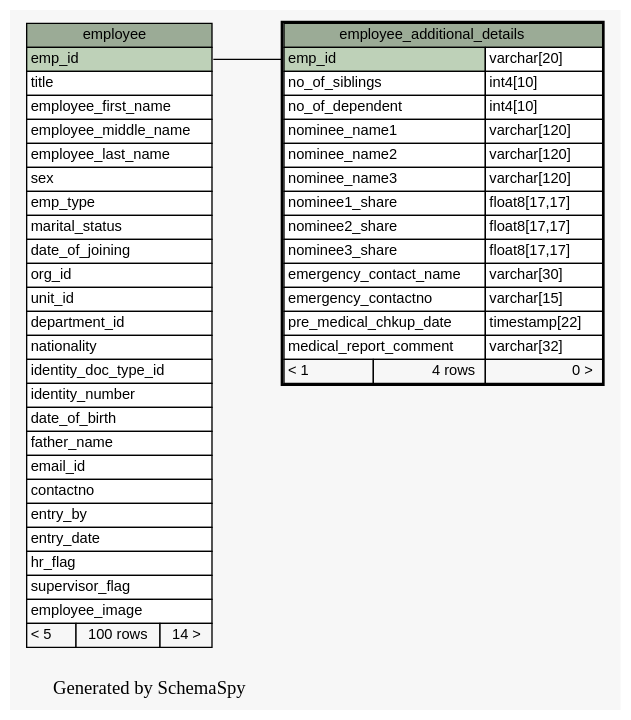
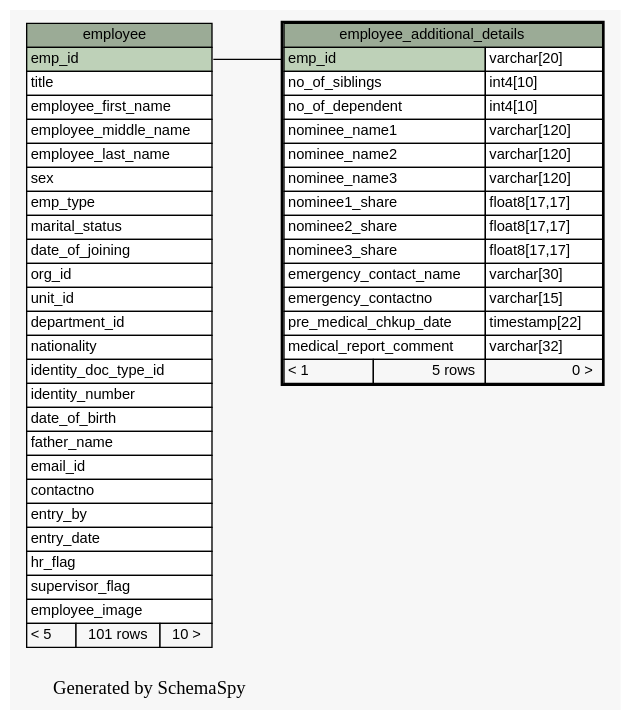
The diagram in docs/database/schemaspy/graphs/employee_additional_details.1degree.dot (engineerscraft/hrms), drawn with Graphviz before and after one commit. The commit also changed 190 other files, not shown here.

```diff
--- a/docs/database/schemaspy/graphs/employee_additional_details.1degree.dot
+++ b/docs/database/schemaspy/graphs/employee_additional_details.1degree.dot
@@ -1,73 +1,73 @@
-// dot 2.38.0 on Windows 8.1 6.3
+// dot 2.38.0 on Windows 7 6.1
 digraph "oneDegreeRelationshipsGraph" {
   graph [
     rankdir="RL"
     bgcolor="#f7f7f7"
     label="\nGenerated by SchemaSpy"
     labeljust="l"
   ];
   node [
     fontname="Helvetica"
     fontsize="11"
     shape="plaintext"
   ];
   edge [
     arrowsize="0.8"
   ];
   "employee_additional_details":"emp_id":w -> "employee":"emp_id":e [arrowtail=tee arrowhead=none];
   "employee" [
     label=<
     <TABLE BORDER="0" CELLBORDER="1" CELLSPACING="0" BGCOLOR="#ffffff">
       <TR><TD PORT="employee.heading" COLSPAN="3" BGCOLOR="#9bab96" ALIGN="CENTER">employee</TD></TR>
       <TR><TD PORT="emp_id" COLSPAN="3" BGCOLOR="#bed1b8" ALIGN="LEFT">emp_id</TD></TR>
       <TR><TD PORT="title" COLSPAN="3" ALIGN="LEFT">title</TD></TR>
       <TR><TD PORT="employee_first_name" COLSPAN="3" ALIGN="LEFT">employee_first_name</TD></TR>
       <TR><TD PORT="employee_middle_name" COLSPAN="3" ALIGN="LEFT">employee_middle_name</TD></TR>
       <TR><TD PORT="employee_last_name" COLSPAN="3" ALIGN="LEFT">employee_last_name</TD></TR>
       <TR><TD PORT="sex" COLSPAN="3" ALIGN="LEFT">sex</TD></TR>
       <TR><TD PORT="emp_type" COLSPAN="3" ALIGN="LEFT">emp_type</TD></TR>
       <TR><TD PORT="marital_status" COLSPAN="3" ALIGN="LEFT">marital_status</TD></TR>
       <TR><TD PORT="date_of_joining" COLSPAN="3" ALIGN="LEFT">date_of_joining</TD></TR>
       <TR><TD PORT="org_id" COLSPAN="3" ALIGN="LEFT">org_id</TD></TR>
       <TR><TD PORT="unit_id" COLSPAN="3" ALIGN="LEFT">unit_id</TD></TR>
       <TR><TD PORT="department_id" COLSPAN="3" ALIGN="LEFT">department_id</TD></TR>
       <TR><TD PORT="nationality" COLSPAN="3" ALIGN="LEFT">nationality</TD></TR>
       <TR><TD PORT="identity_doc_type_id" COLSPAN="3" ALIGN="LEFT">identity_doc_type_id</TD></TR>
       <TR><TD PORT="identity_number" COLSPAN="3" ALIGN="LEFT">identity_number</TD></TR>
       <TR><TD PORT="date_of_birth" COLSPAN="3" ALIGN="LEFT">date_of_birth</TD></TR>
       <TR><TD PORT="father_name" COLSPAN="3" ALIGN="LEFT">father_name</TD></TR>
       <TR><TD PORT="email_id" COLSPAN="3" ALIGN="LEFT">email_id</TD></TR>
       <TR><TD PORT="contactno" COLSPAN="3" ALIGN="LEFT">contactno</TD></TR>
       <TR><TD PORT="entry_by" COLSPAN="3" ALIGN="LEFT">entry_by</TD></TR>
       <TR><TD PORT="entry_date" COLSPAN="3" ALIGN="LEFT">entry_date</TD></TR>
       <TR><TD PORT="hr_flag" COLSPAN="3" ALIGN="LEFT">hr_flag</TD></TR>
       <TR><TD PORT="supervisor_flag" COLSPAN="3" ALIGN="LEFT">supervisor_flag</TD></TR>
       <TR><TD PORT="employee_image" COLSPAN="3" ALIGN="LEFT">employee_image</TD></TR>
-      <TR><TD ALIGN="LEFT" BGCOLOR="#f7f7f7">&lt; 5</TD><TD ALIGN="RIGHT" BGCOLOR="#f7f7f7">100 rows</TD><TD ALIGN="RIGHT" BGCOLOR="#f7f7f7">14 &gt;</TD></TR>
+      <TR><TD ALIGN="LEFT" BGCOLOR="#f7f7f7">&lt; 5</TD><TD ALIGN="RIGHT" BGCOLOR="#f7f7f7">101 rows</TD><TD ALIGN="RIGHT" BGCOLOR="#f7f7f7">10 &gt;</TD></TR>
     </TABLE>>
     URL="employee.html#graph"
     tooltip="employee"
   ];
   "employee_additional_details" [
     label=<
     <TABLE BORDER="2" CELLBORDER="1" CELLSPACING="0" BGCOLOR="#ffffff">
       <TR><TD PORT="employee_additional_details.heading" COLSPAN="3" BGCOLOR="#9bab96" ALIGN="CENTER">employee_additional_details</TD></TR>
       <TR><TD PORT="emp_id" COLSPAN="2" BGCOLOR="#bed1b8" ALIGN="LEFT">emp_id</TD><TD PORT="emp_id.type" ALIGN="LEFT">varchar[20]</TD></TR>
       <TR><TD PORT="no_of_siblings" COLSPAN="2" ALIGN="LEFT">no_of_siblings</TD><TD PORT="no_of_siblings.type" ALIGN="LEFT">int4[10]</TD></TR>
       <TR><TD PORT="no_of_dependent" COLSPAN="2" ALIGN="LEFT">no_of_dependent</TD><TD PORT="no_of_dependent.type" ALIGN="LEFT">int4[10]</TD></TR>
       <TR><TD PORT="nominee_name1" COLSPAN="2" ALIGN="LEFT">nominee_name1</TD><TD PORT="nominee_name1.type" ALIGN="LEFT">varchar[120]</TD></TR>
       <TR><TD PORT="nominee_name2" COLSPAN="2" ALIGN="LEFT">nominee_name2</TD><TD PORT="nominee_name2.type" ALIGN="LEFT">varchar[120]</TD></TR>
       <TR><TD PORT="nominee_name3" COLSPAN="2" ALIGN="LEFT">nominee_name3</TD><TD PORT="nominee_name3.type" ALIGN="LEFT">varchar[120]</TD></TR>
       <TR><TD PORT="nominee1_share" COLSPAN="2" ALIGN="LEFT">nominee1_share</TD><TD PORT="nominee1_share.type" ALIGN="LEFT">float8[17,17]</TD></TR>
       <TR><TD PORT="nominee2_share" COLSPAN="2" ALIGN="LEFT">nominee2_share</TD><TD PORT="nominee2_share.type" ALIGN="LEFT">float8[17,17]</TD></TR>
       <TR><TD PORT="nominee3_share" COLSPAN="2" ALIGN="LEFT">nominee3_share</TD><TD PORT="nominee3_share.type" ALIGN="LEFT">float8[17,17]</TD></TR>
       <TR><TD PORT="emergency_contact_name" COLSPAN="2" ALIGN="LEFT">emergency_contact_name</TD><TD PORT="emergency_contact_name.type" ALIGN="LEFT">varchar[30]</TD></TR>
       <TR><TD PORT="emergency_contactno" COLSPAN="2" ALIGN="LEFT">emergency_contactno</TD><TD PORT="emergency_contactno.type" ALIGN="LEFT">varchar[15]</TD></TR>
       <TR><TD PORT="pre_medical_chkup_date" COLSPAN="2" ALIGN="LEFT">pre_medical_chkup_date</TD><TD PORT="pre_medical_chkup_date.type" ALIGN="LEFT">timestamp[22]</TD></TR>
       <TR><TD PORT="medical_report_comment" COLSPAN="2" ALIGN="LEFT">medical_report_comment</TD><TD PORT="medical_report_comment.type" ALIGN="LEFT">varchar[32]</TD></TR>
-      <TR><TD ALIGN="LEFT" BGCOLOR="#f7f7f7">&lt; 1</TD><TD ALIGN="RIGHT" BGCOLOR="#f7f7f7">4 rows</TD><TD ALIGN="RIGHT" BGCOLOR="#f7f7f7">0 &gt;</TD></TR>
+      <TR><TD ALIGN="LEFT" BGCOLOR="#f7f7f7">&lt; 1</TD><TD ALIGN="RIGHT" BGCOLOR="#f7f7f7">5 rows</TD><TD ALIGN="RIGHT" BGCOLOR="#f7f7f7">0 &gt;</TD></TR>
     </TABLE>>
     URL="employee_additional_details.html#"
     tooltip="employee_additional_details"
   ];
 }
```
